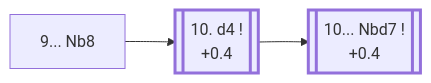
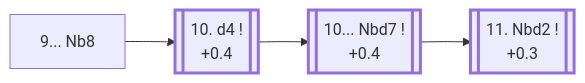
One commit to onclemarcel/chess_flashcards changed the diagram in e4_openings/C94_Ruy_Lopez_Breyer.md. Above: the diagram before and after it, drawn with Mermaid. The commit also changed other lines of this file and 59 other files, not shown here.

````diff
--- a/e4_openings/C94_Ruy_Lopez_Breyer.md
+++ b/e4_openings/C94_Ruy_Lopez_Breyer.md
@@ -12,12 +12,14 @@
 ```mermaid
 flowchart LR
     classDef main stroke-width:3px;
 
     Nb8["9... Nb8"]
     click Nb8 "#_initial_move_" "C94 · Ruy Lopez: Closed, Breyer Defense"
 
     Nb8 --> d4[["10. d4 !<br/>+0.4"]]:::main
     click d4 "#_d4_" "C95 · Ruy Lopez: Closed, Breyer"
     d4 --> Nbd7[["10... Nbd7 !<br/>+0.4"]]:::main
     click Nbd7 "#_Nbd7_" "C95 · Ruy Lopez: Closed, Breyer"
+    Nbd7 --> Nbd2b[["11. Nbd2 !<br/>+0.3"]]:::main
+    click Nbd2b "#_Nbd2b_" "C95 · Ruy Lopez: Closed, Breyer"
 ```
````
